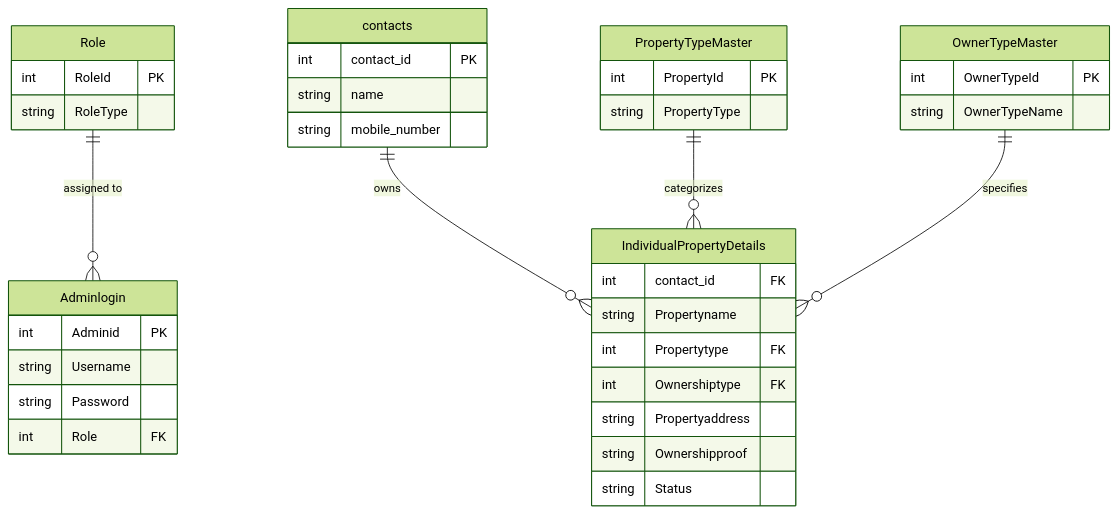
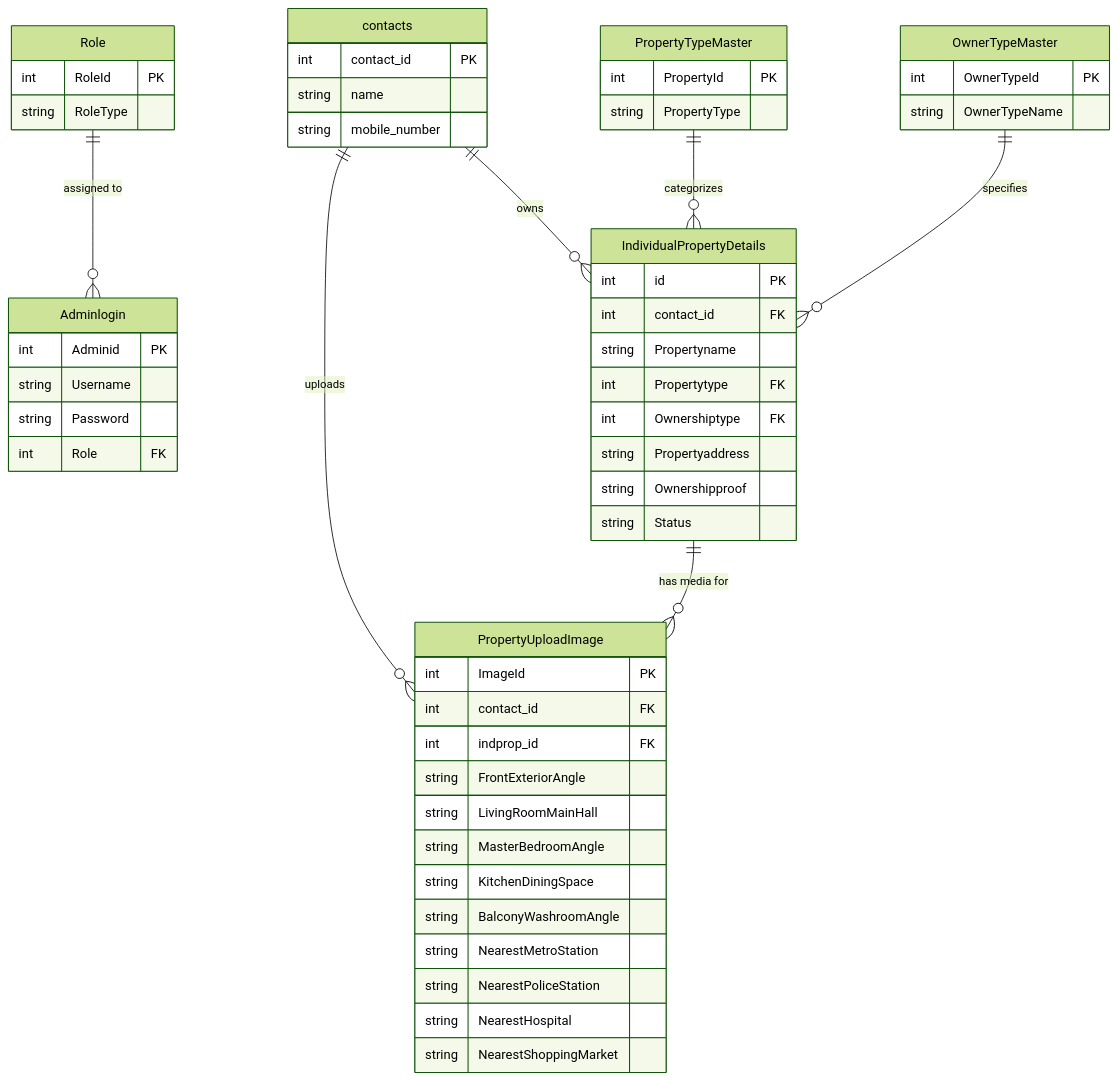
Before and after one commit to Anantbhardwaj2003/ProjectRE: the third of 3 diagrams in README.md, drawn with Mermaid (forest theme). The commit also changed other lines of this file, not shown here.

Commit message:
docs: update README with multi-tier verification workflow and architecture details

````diff
--- a/README.md
+++ b/README.md
@@ -137,45 +214,63 @@
 ```mermaid
 erDiagram
     Role ||--o{ Adminlogin : "assigned to"
     contacts ||--o{ IndividualPropertyDetails : "owns"
+    contacts ||--o{ PropertyUploadImage : "uploads"
     PropertyTypeMaster ||--o{ IndividualPropertyDetails : "categorizes"
     OwnerTypeMaster ||--o{ IndividualPropertyDetails : "specifies"
+    IndividualPropertyDetails ||--o{ PropertyUploadImage : "has media for"
 
     Role {
         int RoleId PK
         string RoleType
     }
 
     Adminlogin {
         int Adminid PK
         string Username
         string Password
         int Role FK
     }
 
     contacts {
         int contact_id PK
         string name
         string mobile_number
     }
 
     PropertyTypeMaster {
         int PropertyId PK
         string PropertyType
     }
 
     OwnerTypeMaster {
         int OwnerTypeId PK
         string OwnerTypeName
     }
 
     IndividualPropertyDetails {
+        int id PK
         int contact_id FK
         string Propertyname
         int Propertytype FK
         int Ownershiptype FK
         string Propertyaddress
         string Ownershipproof
         string Status
     }
+
+    PropertyUploadImage {
+        int ImageId PK
+        int contact_id FK
+        int indprop_id FK
+        string FrontExteriorAngle
+        string LivingRoomMainHall
+        string MasterBedroomAngle
+        string KitchenDiningSpace
+        string BalconyWashroomAngle
+        string NearestMetroStation
+        string NearestPoliceStation
+        string NearestHospital
+        string NearestShoppingMarket
+    }
 ```
````
